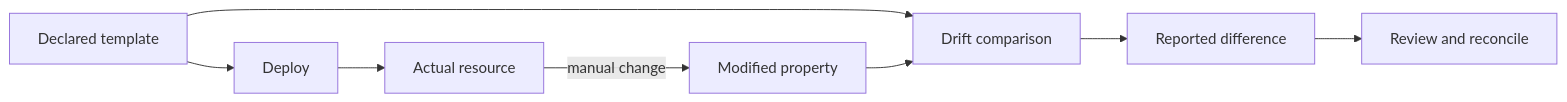
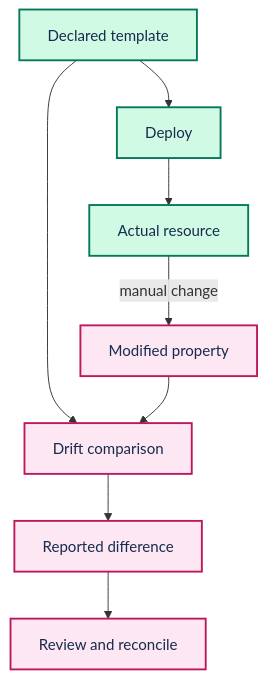
One commit to Acestus/portfolio changed the diagram in site/content/docs/video-infrastructure-drift-detection.md. Above: the diagram before and after it, drawn with Mermaid. The commit also changed 20 other files, not shown here.

Commit message:
Apply Mermaid and Pele style to video guides (#58)

````diff
--- a/site/content/docs/video-infrastructure-drift-detection.md
+++ b/site/content/docs/video-infrastructure-drift-detection.md
@@ -27,10 +27,16 @@
 ```mermaid
-flowchart LR
+flowchart TD
+  accTitle: What infrastructure drift detection catches (and misses)
   T[Declared template] --> D[Deploy]
   D --> A[Actual resource]
   A -->|manual change| M[Modified property]
   T --> C[Drift comparison]
   M --> C
   C --> R[Reported difference]
   R --> X[Review and reconcile]
+
+  classDef primary fill:#D1FAE5,stroke:#047857,color:#172B4D,stroke-width:2px
+  classDef secondary fill:#FCE7F3,stroke:#BE185D,color:#172B4D,stroke-width:2px
+  class T,D,A primary
+  class M,C,R,X secondary
 ```
````
